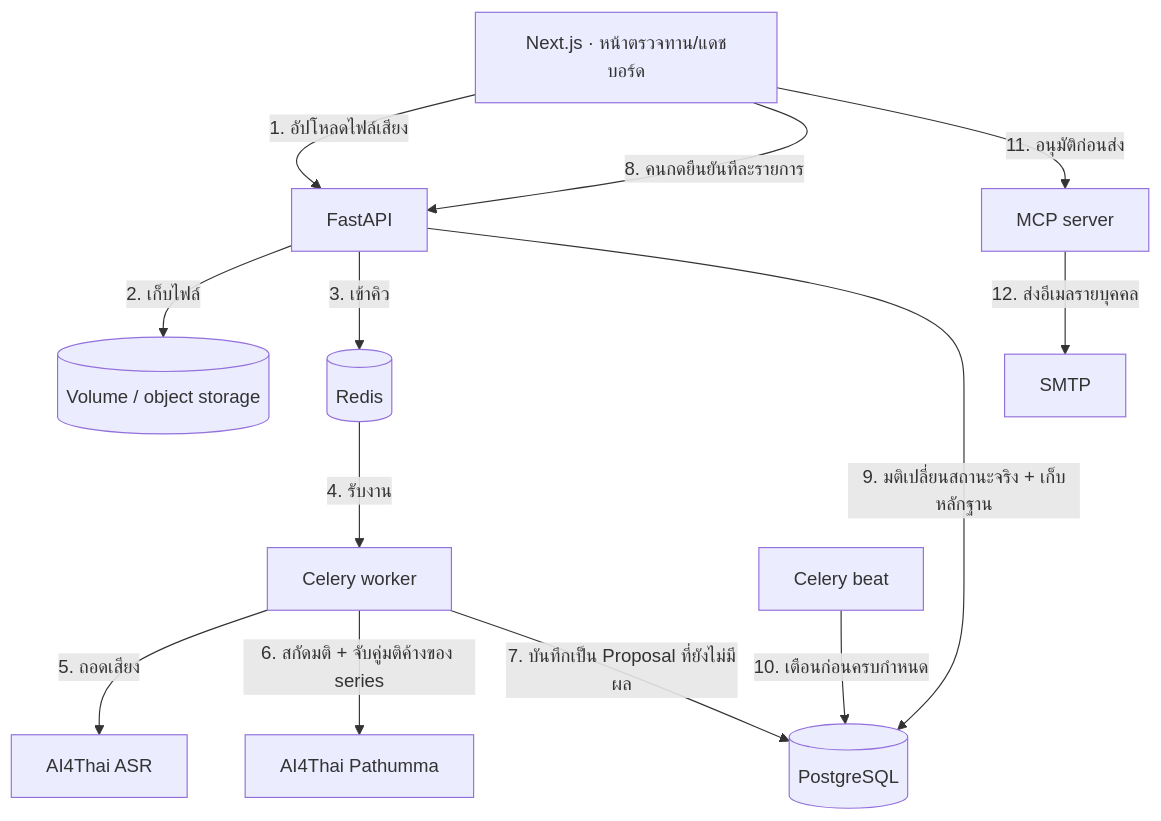
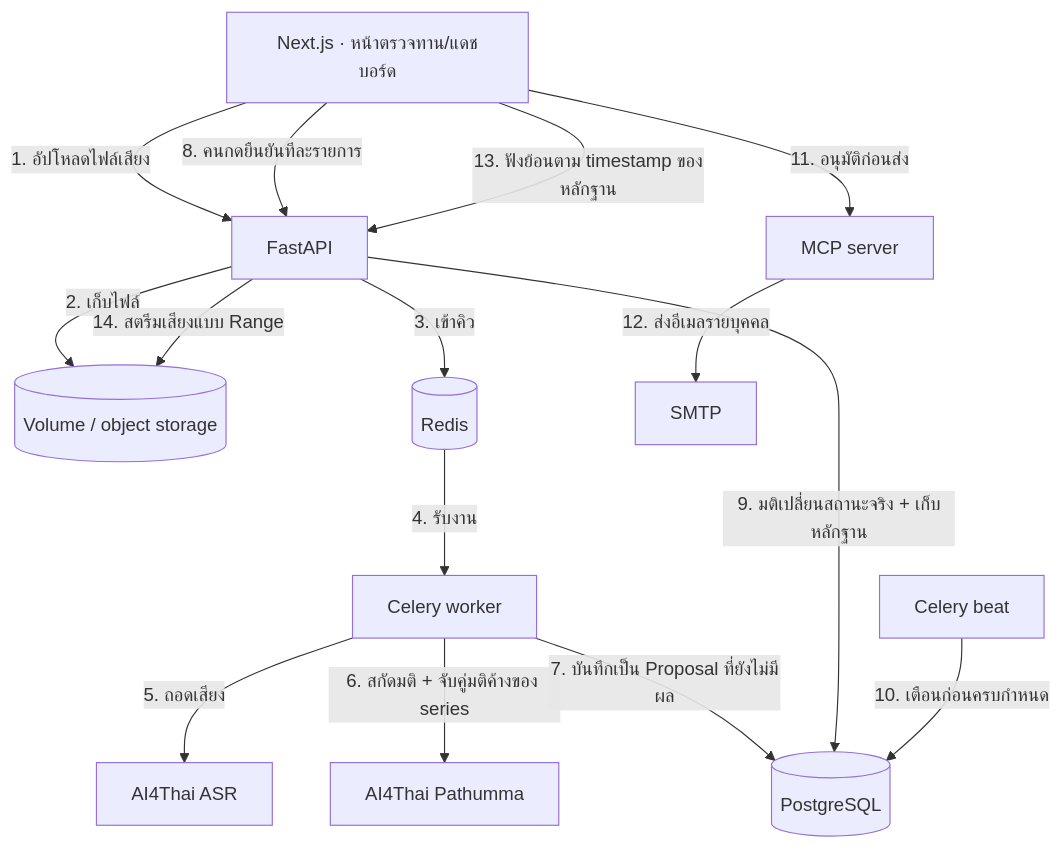
The diagram in README.md (PaweekornS/SARA), drawn with Mermaid before and after one commit. The commit also changed other lines of this file and 14 other files, not shown here.

````diff
--- a/README.md
+++ b/README.md
@@ -37,15 +37,17 @@
 ```mermaid
 graph TD
     UI[Next.js · หน้าตรวจทาน/แดชบอร์ด] -->|1. อัปโหลดไฟล์เสียง| API[FastAPI]
     API -->|2. เก็บไฟล์| Storage[(Volume / object storage)]
     API -->|3. เข้าคิว| Redis[(Redis)]
     Redis -->|4. รับงาน| Worker[Celery worker]
     Worker -->|5. ถอดเสียง| ASR[AI4Thai ASR]
     Worker -->|6. สกัดมติ + จับคู่มติค้างของ series| LLM[AI4Thai Pathumma]
     Worker -->|7. บันทึกเป็น Proposal ที่ยังไม่มีผล| DB[(PostgreSQL)]
     UI -->|8. คนกดยืนยันทีละรายการ| API
     API -->|9. มติเปลี่ยนสถานะจริง + เก็บหลักฐาน| DB
     Beat[Celery beat] -->|10. เตือนก่อนครบกำหนด| DB
     UI -->|11. อนุมัติก่อนส่ง| MCP[MCP server]
     MCP -->|12. ส่งอีเมลรายบุคคล| SMTP[SMTP]
+    UI -->|13. ฟังย้อนตาม timestamp ของหลักฐาน| API
+    API -->|14. สตรีมเสียงแบบ Range| Storage
 ```
````
